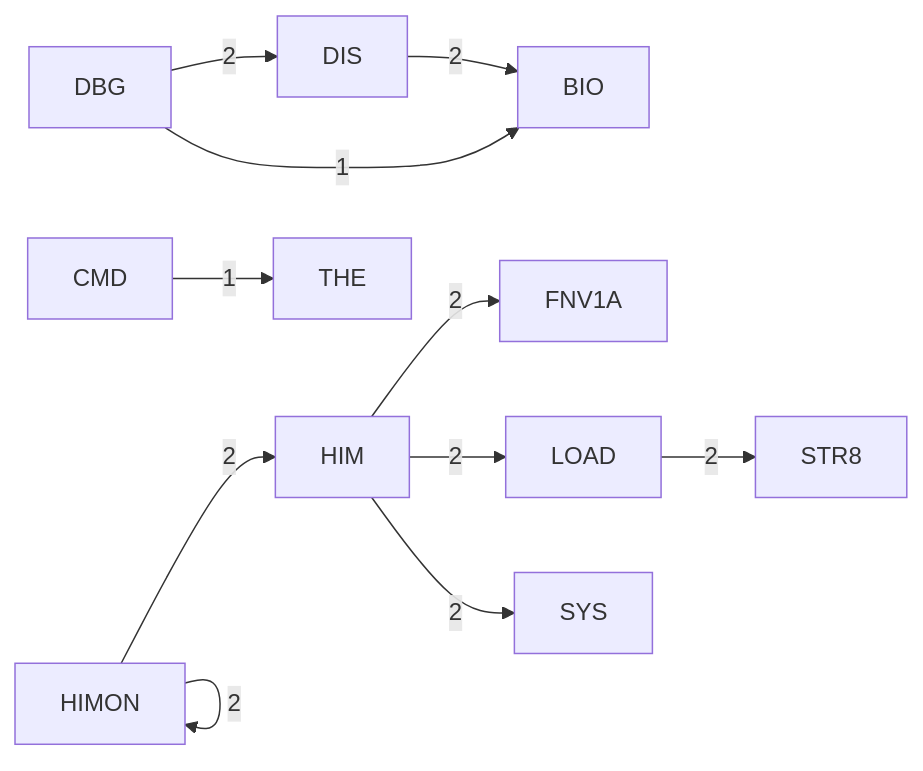
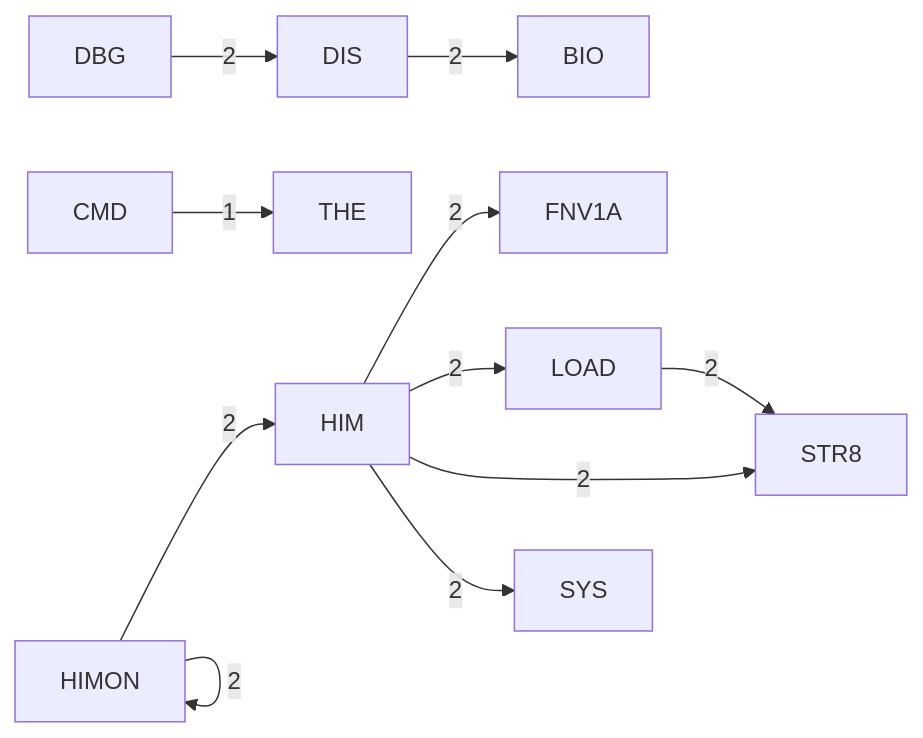
One commit to 95westus/R-YORS changed the fourth of 6 diagrams in DOC/GENERATED/HIMON_SUPPORT_MAP.md. Above: the diagram before and after it, drawn with Mermaid. The commit also changed other lines of this file and 29 other files, not shown here.

````diff
--- a/DOC/GENERATED/HIMON_SUPPORT_MAP.md
+++ b/DOC/GENERATED/HIMON_SUPPORT_MAP.md
@@ -63,13 +63,13 @@
 ```mermaid
 flowchart LR
     P_DBG[DBG] -->|2| P_DIS[DIS]
     P_DIS[DIS] -->|2| P_BIO[BIO]
     P_HIM[HIM] -->|2| P_FNV1A[FNV1A]
     P_HIM[HIM] -->|2| P_LOAD[LOAD]
+    P_HIM[HIM] -->|2| P_STR8[STR8]
     P_HIM[HIM] -->|2| P_SYS[SYS]
     P_HIMON[HIMON] -->|2| P_HIM[HIM]
     P_HIMON[HIMON] -->|2| P_HIMON[HIMON]
     P_LOAD[LOAD] -->|2| P_STR8[STR8]
     P_CMD[CMD] -->|1| P_THE[THE]
-    P_DBG[DBG] -->|1| P_BIO[BIO]
 ```
````
